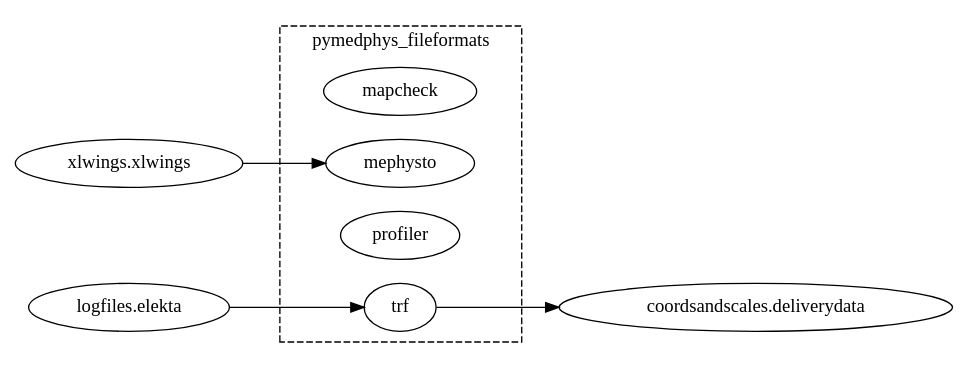
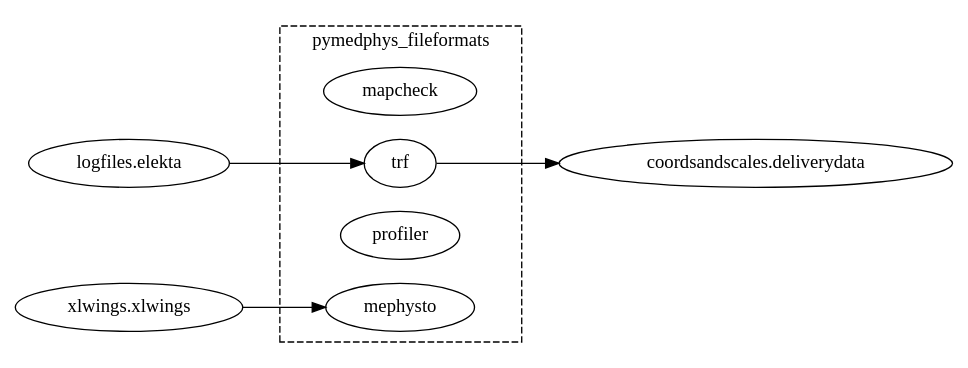
One commit to pymedphys/pymedphys changed the diagram in docs/graphs/pymedphys_fileformats.svg.dot. Above: the diagram before and after it, drawn with Graphviz. The commit also changed 17 other files, not shown here.

```diff
--- a/docs/graphs/pymedphys_fileformats.svg.dot
+++ b/docs/graphs/pymedphys_fileformats.svg.dot
@@ -1,32 +1,32 @@
 
         strict digraph  {
             graph [ordering="out"];
             rankdir = LR;
             subgraph cluster_0 {
                 "pymedphys_fileformats.mapcheck";
 "pymedphys_fileformats.mephysto";
 "pymedphys_fileformats.profiler";
 "pymedphys_fileformats.trf";
 
                 label = "pymedphys_fileformats";
                 style = dashed;
                 
             { rank = same; "pymedphys_fileformats.mapcheck"; "pymedphys_fileformats.mephysto"; "pymedphys_fileformats.profiler"; "pymedphys_fileformats.trf"; }
             
             }
-            "pymedphys_fileformats.mapcheck" [label="mapcheck"];
+            "pymedphys_coordsandscales.deliverydata" [label="coordsandscales.deliverydata"];
+"pymedphys_fileformats.mapcheck" [label="mapcheck"];
+"pymedphys_fileformats.mephysto" [label="mephysto"];
+"pymedphys_fileformats.profiler" [label="profiler"];
+"pymedphys_fileformats.trf" [label="trf"];
+"pymedphys_logfiles.elekta" [label="logfiles.elekta"];
 "pymedphys_xlwings.xlwings" [label="xlwings.xlwings"];
-"pymedphys_fileformats.trf" [label="trf"];
-"pymedphys_fileformats.profiler" [label="profiler"];
-"pymedphys_coordsandscales.deliverydata" [label="coordsandscales.deliverydata"];
-"pymedphys_logfiles.elekta" [label="logfiles.elekta"];
-"pymedphys_fileformats.mephysto" [label="mephysto"];
 
             { rank = same; "pymedphys_logfiles.elekta"; "pymedphys_xlwings.xlwings"; }
 { rank = same; "pymedphys_coordsandscales.deliverydata"; }
 
             "pymedphys_xlwings.xlwings" -> "pymedphys_fileformats.mephysto";
 "pymedphys_fileformats.trf" -> "pymedphys_coordsandscales.deliverydata";
 "pymedphys_logfiles.elekta" -> "pymedphys_fileformats.trf";
 
         }
```
